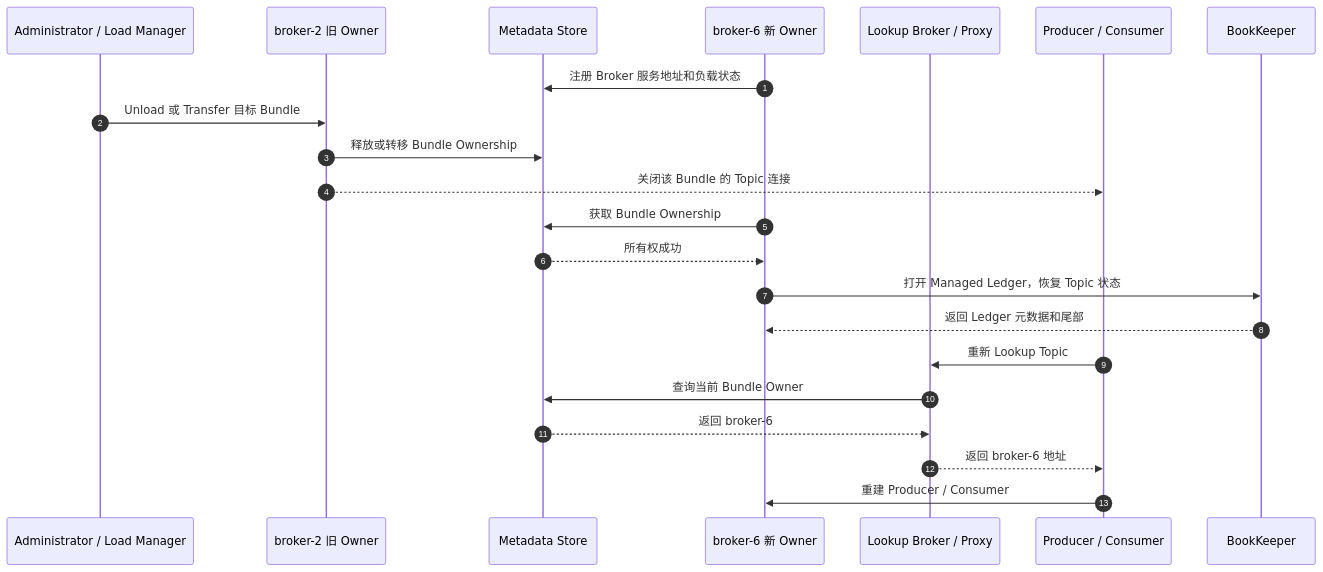
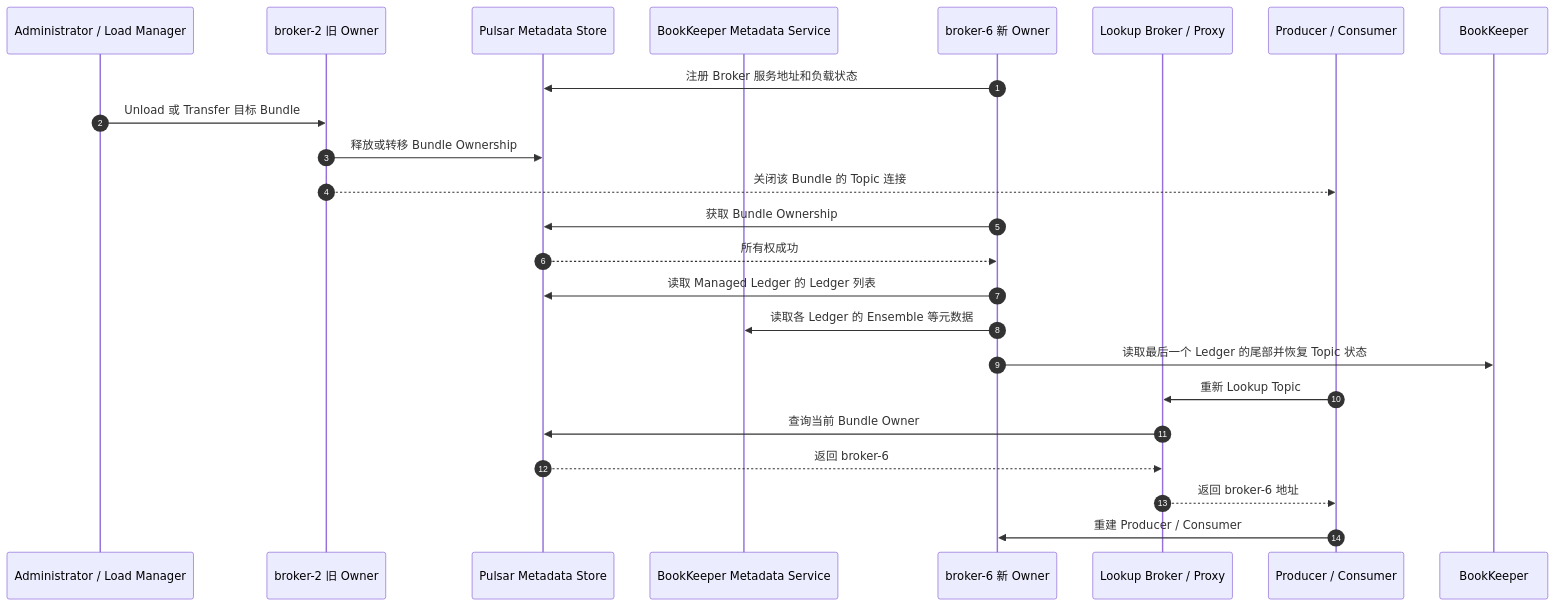
Before and after one commit to hotttao/backup: the ninth of 11 diagrams in posts/microservices/queue/032_pulsar_message_queue_implementation.md, drawn with Mermaid. The commit also changed other lines of this file and 1 other file, not shown here.

Commit message:
pulsar 第二篇

````diff
--- a/posts/microservices/queue/032_pulsar_message_queue_implementation.md
+++ b/posts/microservices/queue/032_pulsar_message_queue_implementation.md
@@ -551,25 +691,27 @@
 ```mermaid
 sequenceDiagram
     autonumber
     participant A as Administrator / Load Manager
     participant B2 as broker-2 旧 Owner
-    participant M as Metadata Store
+    participant M as Pulsar Metadata Store
+    participant BM as BookKeeper Metadata Service
     participant B6 as broker-6 新 Owner
     participant E as Lookup Broker / Proxy
     participant C as Producer / Consumer
     participant BK as BookKeeper
 
     B6->>M: 注册 Broker 服务地址和负载状态
     A->>B2: Unload 或 Transfer 目标 Bundle
     B2->>M: 释放或转移 Bundle Ownership
     B2-->>C: 关闭该 Bundle 的 Topic 连接
     B6->>M: 获取 Bundle Ownership
     M-->>B6: 所有权成功
-    B6->>BK: 打开 Managed Ledger，恢复 Topic 状态
-    BK-->>B6: 返回 Ledger 元数据和尾部
+    B6->>M: 读取 Managed Ledger 的 Ledger 列表
+    B6->>BM: 读取各 Ledger 的 Ensemble 等元数据
+    B6->>BK: 读取最后一个 Ledger 的尾部并恢复 Topic 状态
     C->>E: 重新 Lookup Topic
     E->>M: 查询当前 Bundle Owner
     M-->>E: 返回 broker-6
     E-->>C: 返回 broker-6 地址
     C->>B6: 重建 Producer / Consumer
 ```
````
